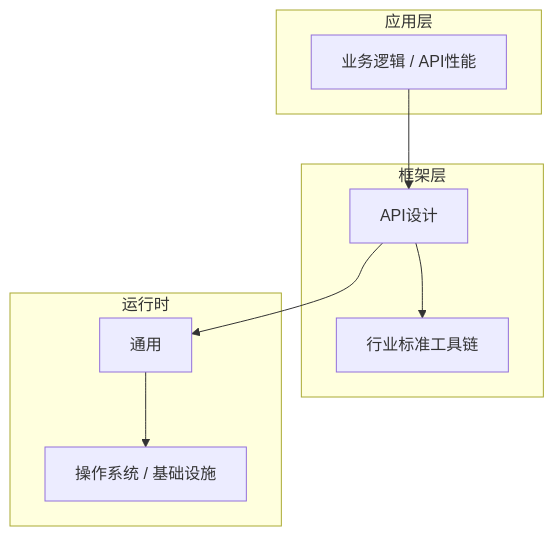
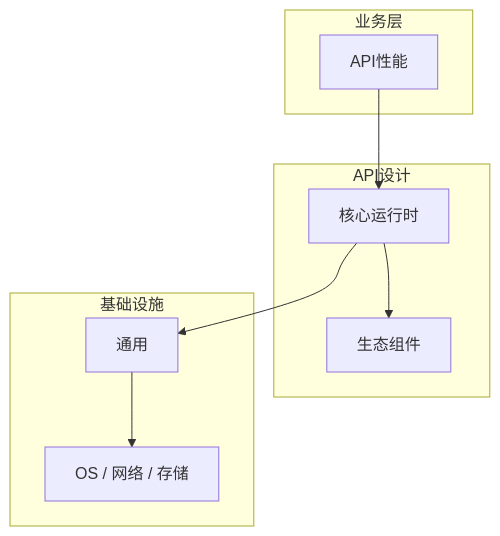
Before and after one commit to yanggan2015/knowledge-json-v2: the diagram in articles/API设计/chapters/051-API性能核心概念与原理.md, drawn with Mermaid. The commit also changed other lines of this file and 10127 other files, not shown here.

````diff
--- a/articles/API设计/chapters/051-API性能核心概念与原理.md
+++ b/articles/API设计/chapters/051-API性能核心概念与原理.md
@@ -45,18 +34,18 @@
 ```mermaid
 graph TB
-    subgraph 应用层
-        A[业务逻辑 / API性能]
+    subgraph 业务层
+        A[API性能]
     end
-    subgraph 框架层
-        B[API设计]
-        C[行业标准工具链]
+    subgraph API设计
+        B[核心运行时]
+        C[生态组件]
     end
-    subgraph 运行时
+    subgraph 基础设施
         D[通用]
-        E[操作系统 / 基础设施]
+        E[OS / 网络 / 存储]
     end
     A --> B
     B --> C
     B --> D
     D --> E
 ```
````
